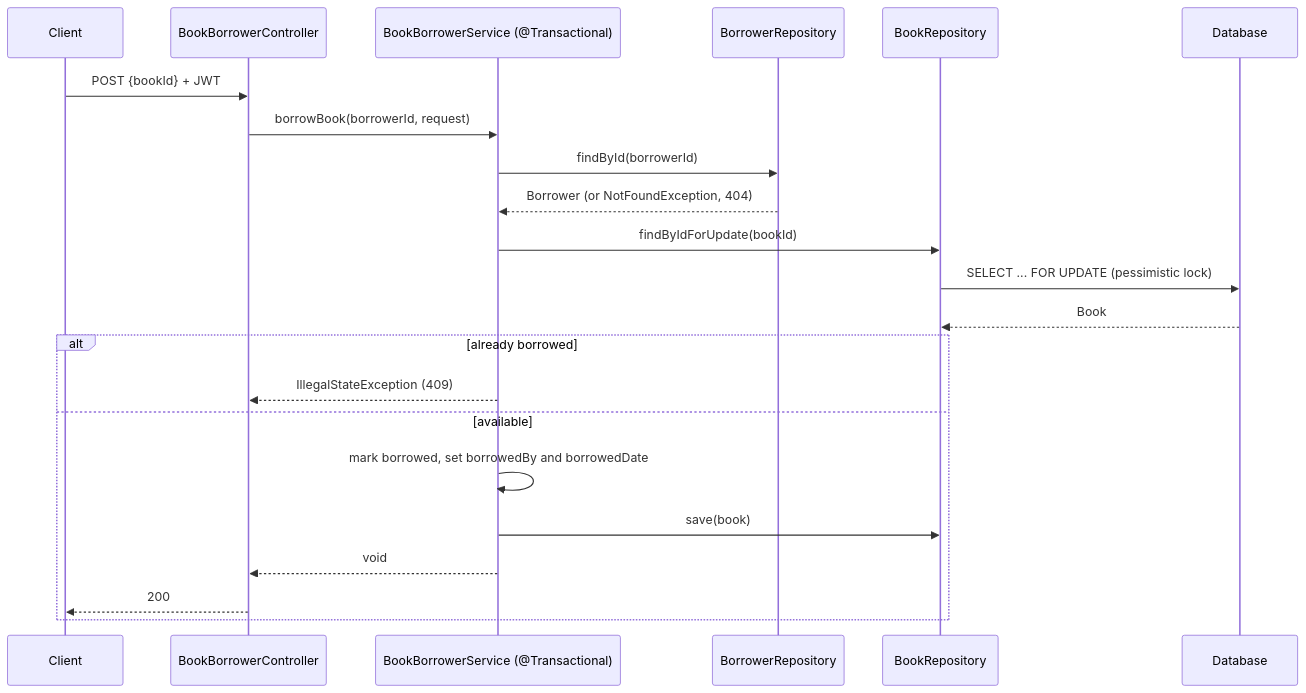
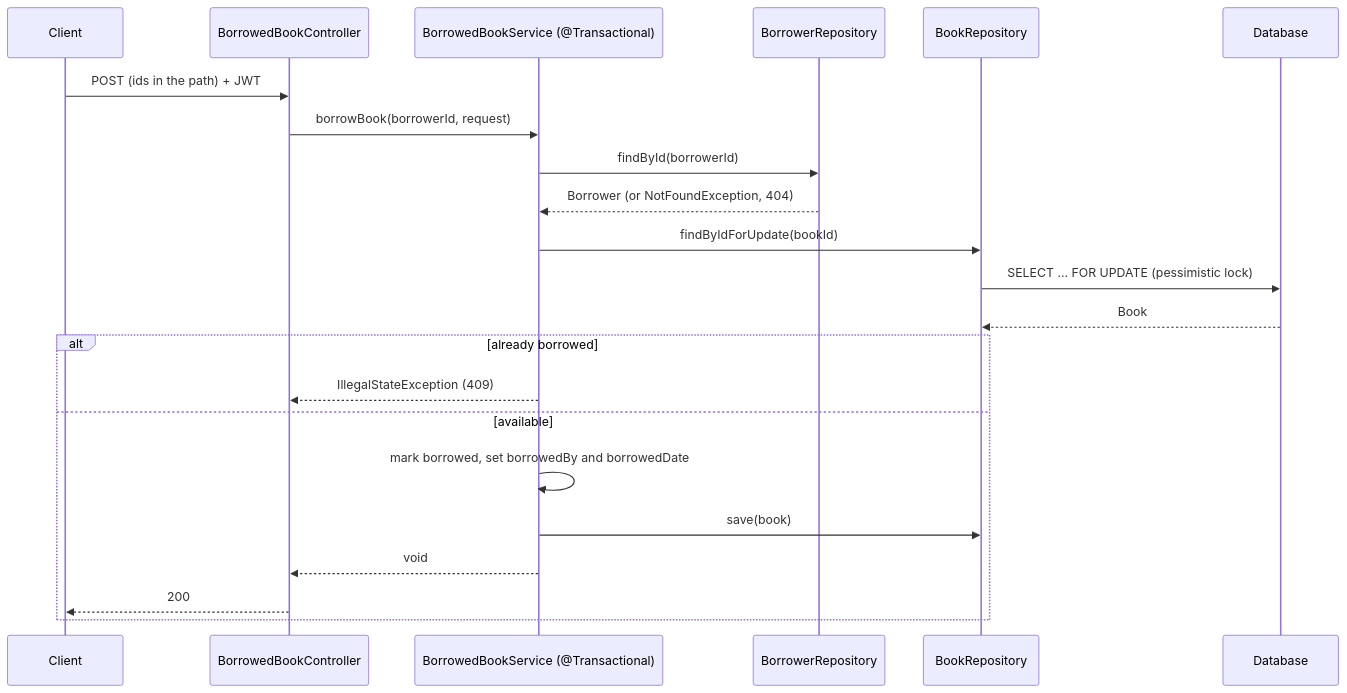
The fourth of 6 diagrams in docs/architecture/README.md (tharangage/simple-library), drawn with Mermaid before and after one commit. The commit also changed other lines of this file and 40 other files, not shown here.

````diff
--- a/docs/architecture/README.md
+++ b/docs/architecture/README.md
@@ -116,25 +116,25 @@
 ```mermaid
 sequenceDiagram
     participant C as Client
-    participant BC as BookBorrowerController
-    participant S as BookBorrowerService (@Transactional)
+    participant BC as BorrowedBookController
+    participant S as BorrowedBookService (@Transactional)
     participant BR as BorrowerRepository
     participant KR as BookRepository
     participant DB as Database
 
-    C->>BC: POST {bookId} + JWT
+    C->>BC: POST (ids in the path) + JWT
     BC->>S: borrowBook(borrowerId, request)
     S->>BR: findById(borrowerId)
     BR-->>S: Borrower (or NotFoundException, 404)
     S->>KR: findByIdForUpdate(bookId)
     KR->>DB: SELECT ... FOR UPDATE (pessimistic lock)
     DB-->>KR: Book
     alt already borrowed
         S-->>BC: IllegalStateException (409)
     else available
         S->>S: mark borrowed, set borrowedBy and borrowedDate
         S->>KR: save(book)
         S-->>BC: void
         BC-->>C: 200
     end
 ```
````
